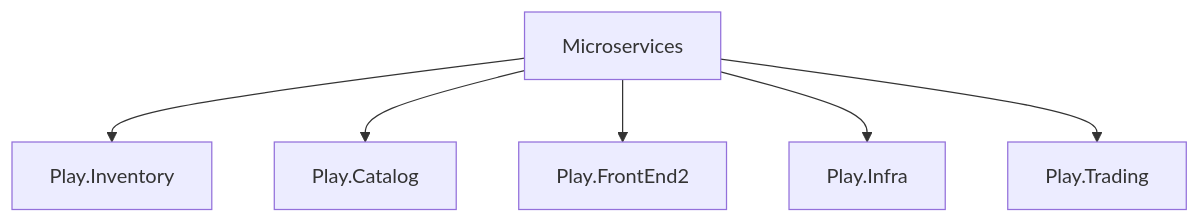
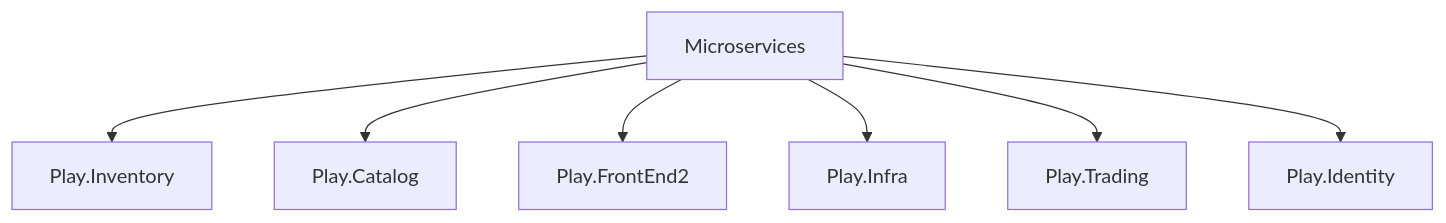
Before and after one commit to leandro-mm/Microservice.Project: the diagram in README.md, drawn with Mermaid. The commit also changed other lines of this file, not shown here.

````diff
--- a/README.md
+++ b/README.md
@@ -26,16 +31,18 @@
 ```mermaid
 graph TD
     A[Microservices]
     A --> B[Play.Inventory]
     A --> C[Play.Catalog]
     A --> D[Play.FrontEnd2]
     A --> E[Play.Infra]
     A --> F[Play.Trading]
+    A --> G[Play.Identity]
 
     click B "https://github.com/leandro-mm/Play.FrontEnd2.git" "Open Play.FrontEnd"
     click C "https://github.com/leandro-mm/Play.Catalog.git" "Open Play.Catalog"
     click D "https://github.com/leandro-mm/Play.Inventory.git" "Open Play.Inventory"
     click E "https://github.com/leandro-mm/Play.Infra.git" "Open Play.Infra"
     click F "https://github.com/leandro-mm/Play.Trading.git" "Open Play.Trading"
+    click G "https://github.com/leandro-mm/Play.Identity.git" "Open Play.Identity"
 
 ```
````
